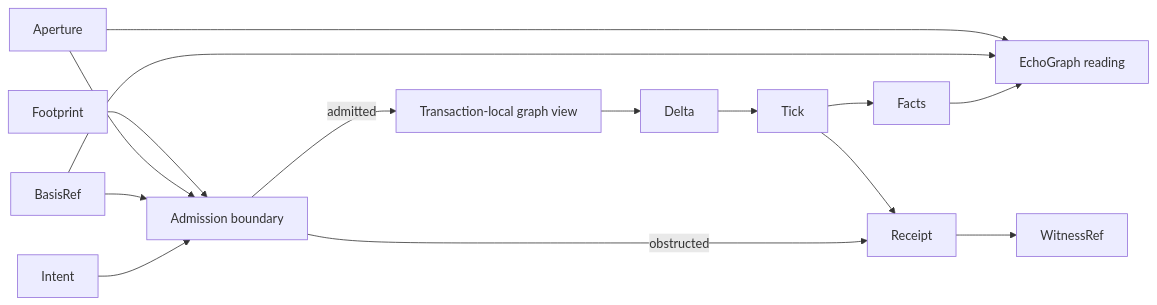
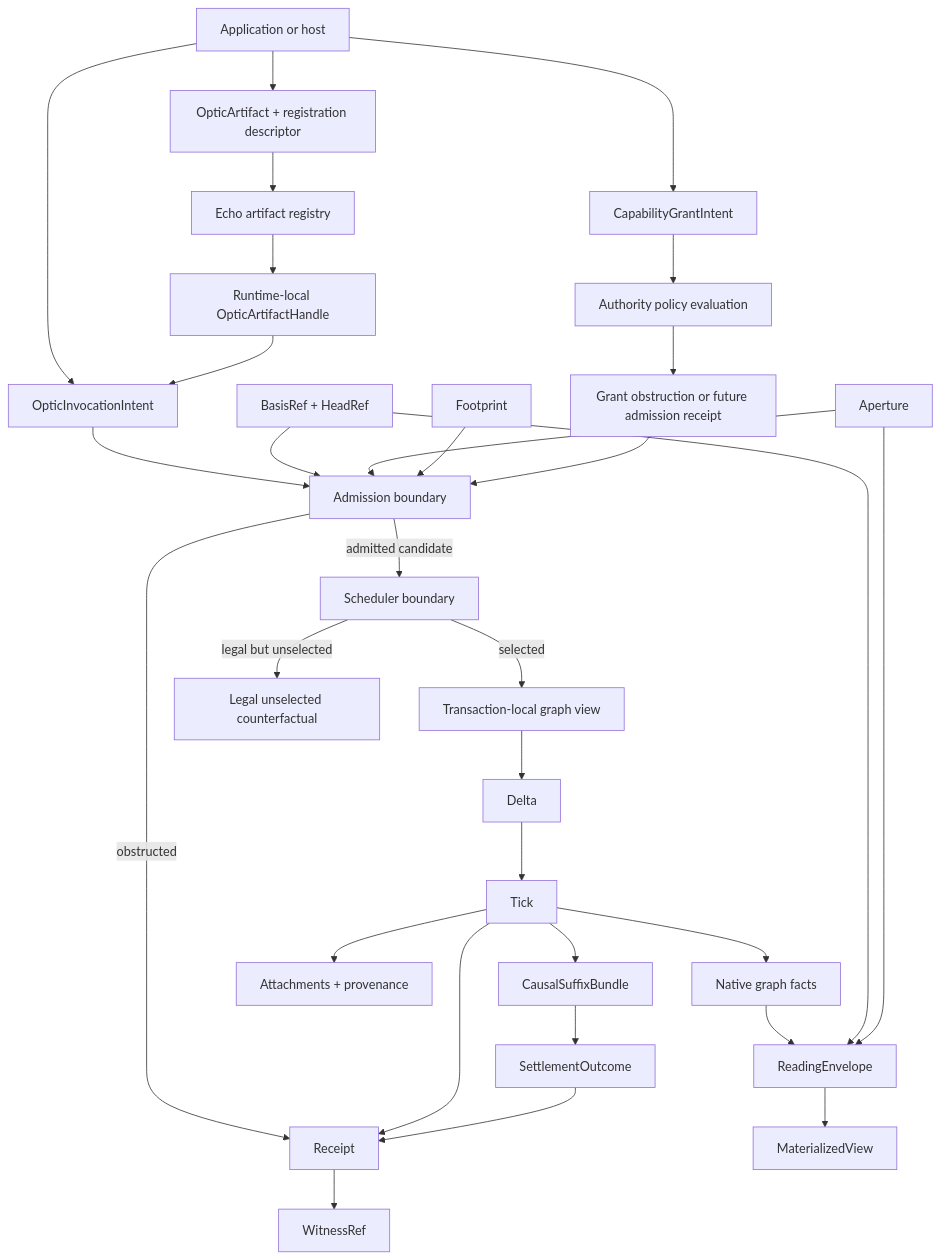
The first of 5 diagrams in docs/design/built-in-echo-graph-data-model.md (flyingrobots/echo), drawn with Mermaid before and after one commit. The commit also changed other lines of this file and 1 other file, not shown here.

Commit message:
docs(core): expand Echo graph model coverage

````diff
--- a/docs/design/built-in-echo-graph-data-model.md
+++ b/docs/design/built-in-echo-graph-data-model.md
@@ -128,30 +194,65 @@
 ```mermaid
-flowchart LR
-  Intent[Intent]
-  Basis[BasisRef]
+flowchart TD
+  App[Application or host]
+  Artifact[OpticArtifact + registration descriptor]
+  Registry[Echo artifact registry]
+  Handle[Runtime-local OpticArtifactHandle]
+  GrantIntent[CapabilityGrantIntent]
+  Authority[Authority policy evaluation]
+  GrantReceipt[Grant obstruction or future admission receipt]
+  Invocation[OpticInvocationIntent]
+  Basis[BasisRef + HeadRef]
   Aperture[Aperture]
   Footprint[Footprint]
   Admission[Admission boundary]
   Tx[Transaction-local graph view]
+  Scheduler[Scheduler boundary]
+  Counterfactual[Legal unselected counterfactual]
   Delta[Delta]
   Tick[Tick]
-  Facts[Facts]
+  Facts[Native graph facts]
+  Attach[Attachments + provenance]
   Receipt[Receipt]
-  Reading[EchoGraph reading]
   Witness[WitnessRef]
+  Reading[ReadingEnvelope]
+  Materialized[MaterializedView]
+  Suffix[CausalSuffixBundle]
+  Settlement[SettlementOutcome]
 
-  Intent --> Admission
+  App --> Artifact
+  Artifact --> Registry
+  Registry --> Handle
+
+  App --> GrantIntent
+  GrantIntent --> Authority
+  Authority --> GrantReceipt
+
+  App --> Invocation
+  Handle --> Invocation
+  Invocation --> Admission
   Basis --> Admission
   Aperture --> Admission
   Footprint --> Admission
-  Admission -->|admitted| Tx
+  GrantReceipt --> Admission
+
   Admission -->|obstructed| Receipt
+  Admission -->|admitted candidate| Scheduler
+  Scheduler -->|legal but unselected| Counterfactual
+  Scheduler -->|selected| Tx
+
   Tx --> Delta
   Delta --> Tick
   Tick --> Facts
+  Tick --> Attach
   Tick --> Receipt
   Receipt --> Witness
+
   Facts --> Reading
   Basis --> Reading
   Aperture --> Reading
+  Reading --> Materialized
+
+  Tick --> Suffix
+  Suffix --> Settlement
+  Settlement --> Receipt
 ```
````
